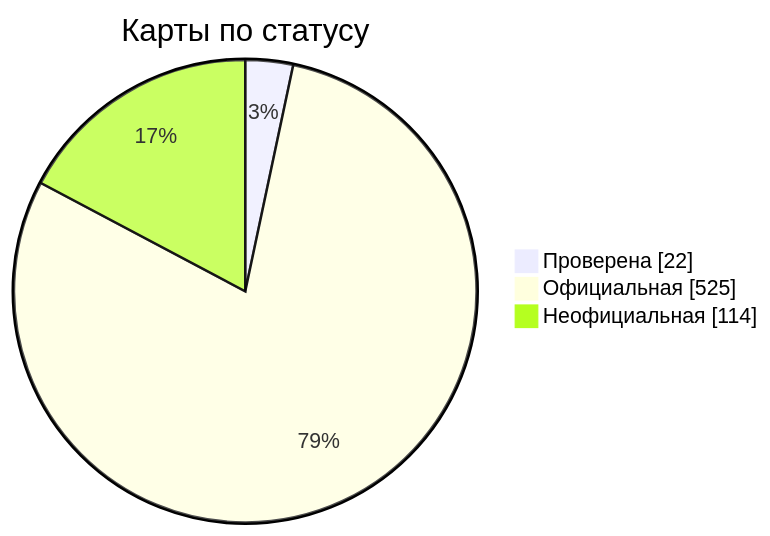
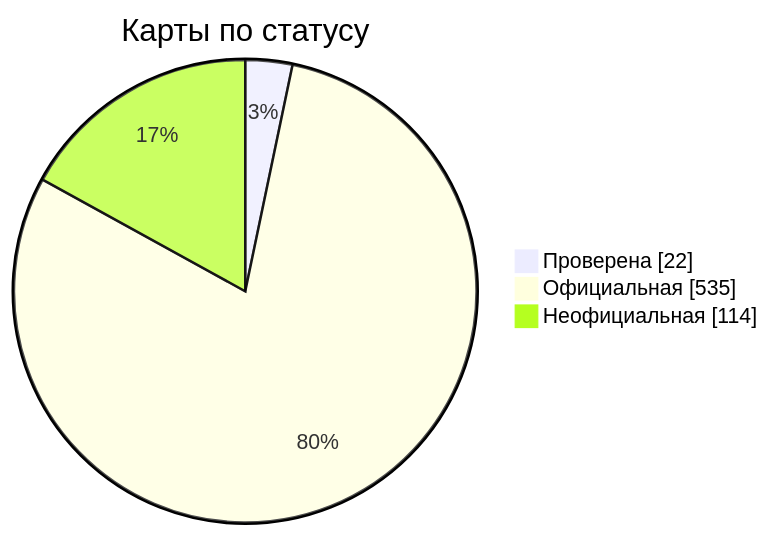
Before and after one commit to nobrega8/mbmap-library: the diagram in docs/readme/README_RU.md, drawn with Mermaid. The commit also changed 15 other files, not shown here.

````diff
--- a/docs/readme/README_RU.md
+++ b/docs/readme/README_RU.md
@@ -54,7 +54,7 @@
 ```mermaid
 pie showData
     title Карты по статусу
     "Проверена" : 22
-    "Официальная" : 525
+    "Официальная" : 535
     "Неофициальная" : 114
 ```
````
